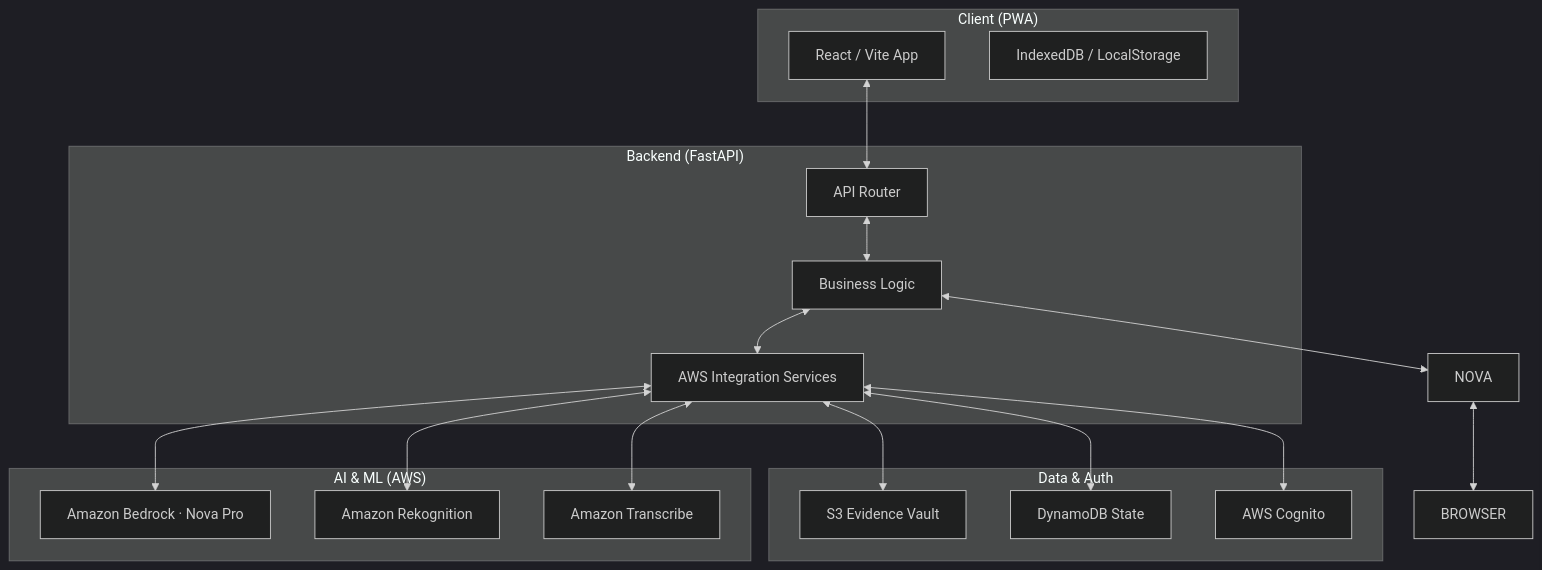
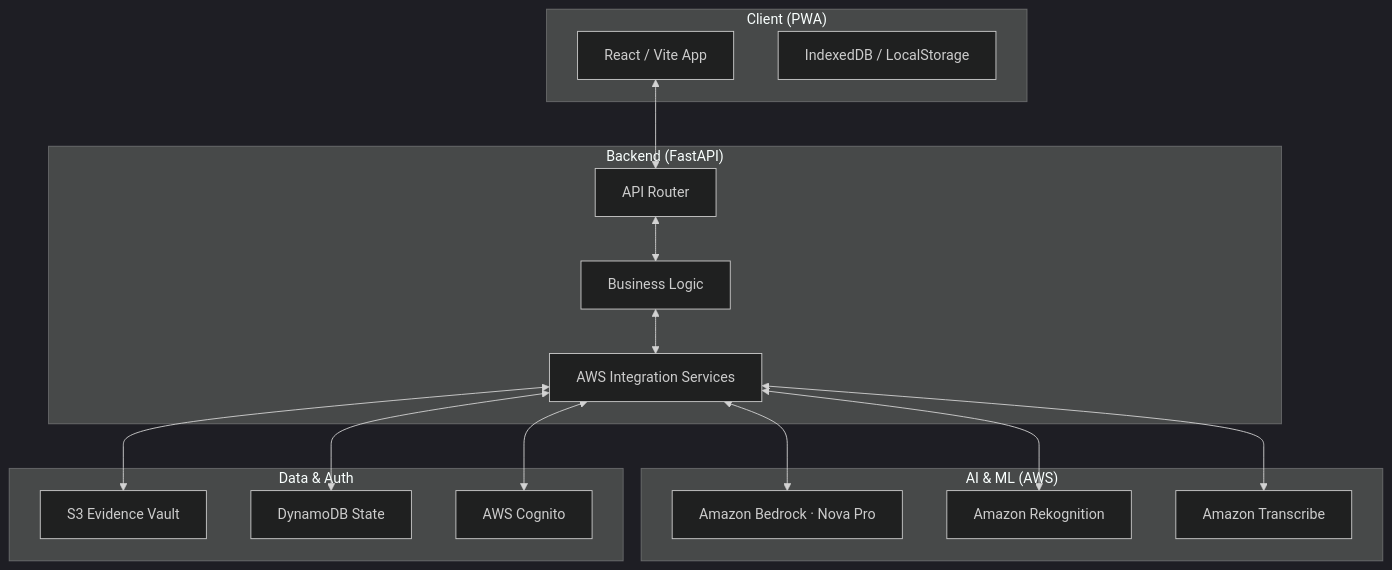
Before and after one commit to Vedant-Baldwa/sewa_sahayak: the diagram in README.md, drawn with Mermaid (dark theme).

Commit message:
Remove CORE <--> NOVA <--> BROWSER from README

````diff
--- a/README.md
+++ b/README.md
@@ -162,31 +162,30 @@
 ```mermaid
 graph TB
     subgraph "Client (PWA)"
         UI[React / Vite App]
         STORAGE[IndexedDB / LocalStorage]
     end
 
     subgraph "Backend (FastAPI)"
         API[API Router]
         CORE[Business Logic]
         SVC[AWS Integration Services]
     end
 
     subgraph "AI & ML (AWS)"
         BEDROCK[Amazon Bedrock · Nova Pro]
         REKOGNITION[Amazon Rekognition]
         TRANSCRIBE[Amazon Transcribe]
     end
 
     subgraph "Data & Auth"
         S3[S3 Evidence Vault]
         DYNAMO[DynamoDB State]
         AUTH[AWS Cognito]
     end
 
     UI <--> API
     API <--> CORE <--> SVC
     SVC <--> BEDROCK & REKOGNITION & TRANSCRIBE
     SVC <--> S3 & DYNAMO & AUTH
-    CORE <--> NOVA <--> BROWSER
 ```
````
